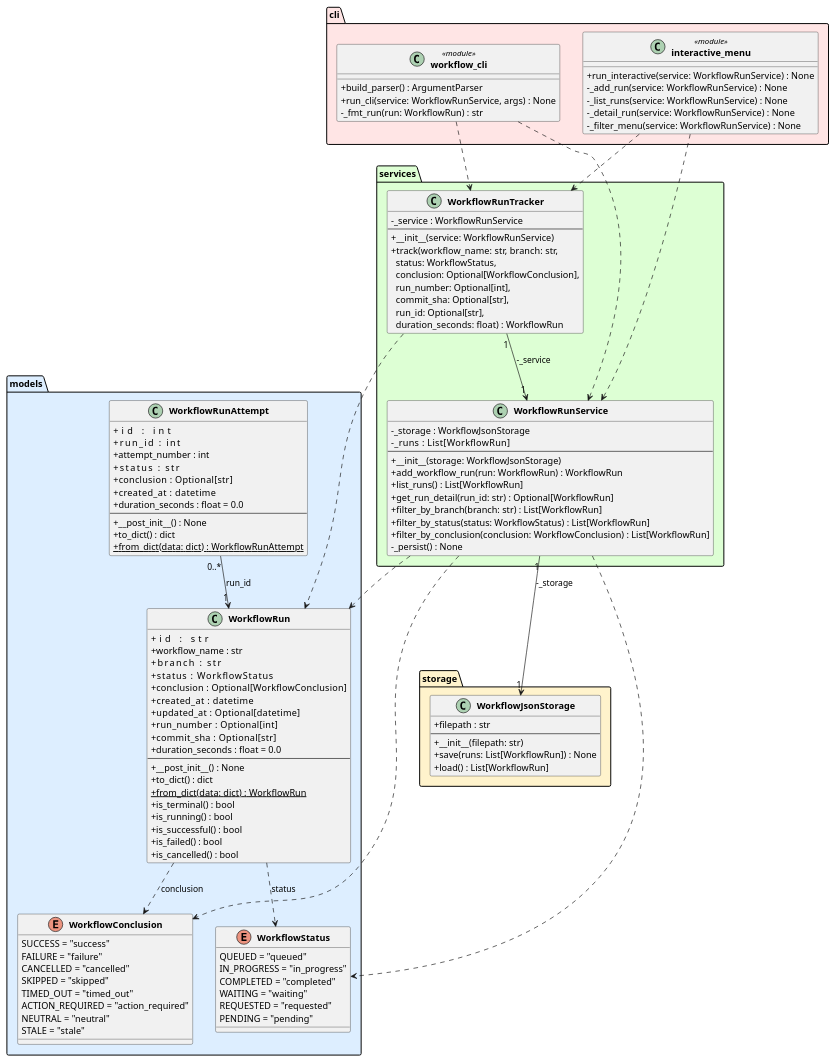
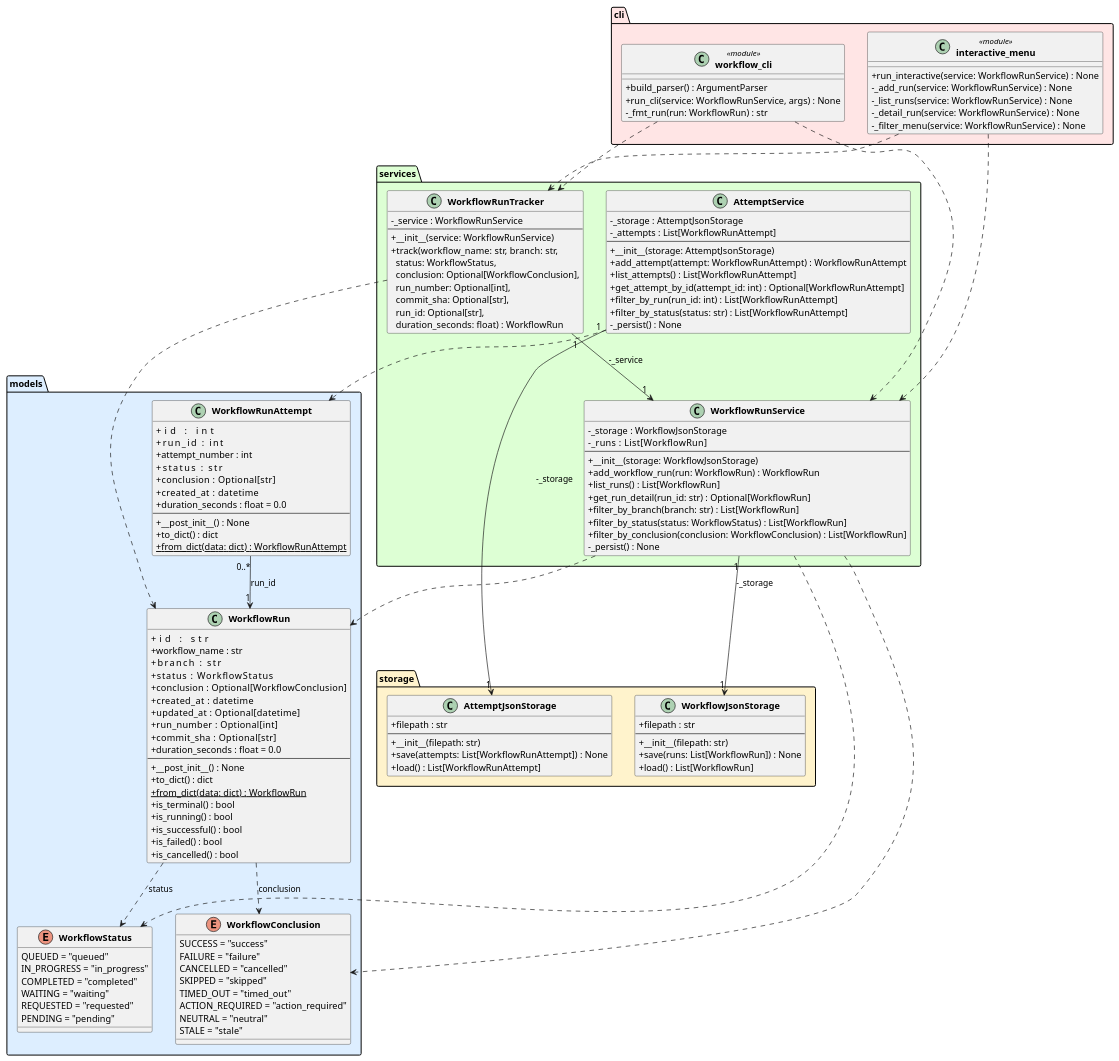
Before and after one commit to DanielRiha8906/Software_autoevolution_using_agents: the diagram in experiments/pipeline/user_stories/github-workflow-manager/artifacts/class_diagram.puml, drawn with PlantUML. The commit also changed 8 other files, not shown here.

```diff
--- a/experiments/pipeline/user_stories/github-workflow-manager/artifacts/class_diagram.puml
+++ b/experiments/pipeline/user_stories/github-workflow-manager/artifacts/class_diagram.puml
@@ -1,127 +1,150 @@
 @startuml class_diagram
 
 skinparam classAttributeIconSize 0
 skinparam classFontStyle bold
 
 package "models" #DDEEFF {
     enum WorkflowStatus {
         QUEUED = "queued"
         IN_PROGRESS = "in_progress"
         COMPLETED = "completed"
         WAITING = "waiting"
         REQUESTED = "requested"
         PENDING = "pending"
     }
 
     enum WorkflowConclusion {
         SUCCESS = "success"
         FAILURE = "failure"
         CANCELLED = "cancelled"
         SKIPPED = "skipped"
         TIMED_OUT = "timed_out"
         ACTION_REQUIRED = "action_required"
         NEUTRAL = "neutral"
         STALE = "stale"
     }
 
     class WorkflowRun {
         +id            : str
         +workflow_name : str
         +branch        : str
         +status        : WorkflowStatus
         +conclusion    : Optional[WorkflowConclusion]
         +created_at    : datetime
         +updated_at    : Optional[datetime]
         +run_number    : Optional[int]
         +commit_sha    : Optional[str]
         +duration_seconds : float = 0.0
         --
         +__post_init__() : None
         +to_dict() : dict
         +{static} from_dict(data: dict) : WorkflowRun
         +is_terminal() : bool
         +is_running() : bool
         +is_successful() : bool
         +is_failed() : bool
         +is_cancelled() : bool
     }
 
     class WorkflowRunAttempt {
         +id            : int
         +run_id        : int
         +attempt_number : int
         +status        : str
         +conclusion    : Optional[str]
         +created_at    : datetime
         +duration_seconds : float = 0.0
         --
         +__post_init__() : None
         +to_dict() : dict
         +{static} from_dict(data: dict) : WorkflowRunAttempt
     }
 }
 
 package "storage" #FFF3CC {
     class WorkflowJsonStorage {
         +filepath : str
         --
         +__init__(filepath: str)
         +save(runs: List[WorkflowRun]) : None
         +load() : List[WorkflowRun]
     }
+
+    class AttemptJsonStorage {
+        +filepath : str
+        --
+        +__init__(filepath: str)
+        +save(attempts: List[WorkflowRunAttempt]) : None
+        +load() : List[WorkflowRunAttempt]
+    }
 }
 
 package "services" #DDFFD4 {
     class WorkflowRunService {
         -_storage : WorkflowJsonStorage
         -_runs    : List[WorkflowRun]
         --
         +__init__(storage: WorkflowJsonStorage)
         +add_workflow_run(run: WorkflowRun) : WorkflowRun
         +list_runs() : List[WorkflowRun]
         +get_run_detail(run_id: str) : Optional[WorkflowRun]
         +filter_by_branch(branch: str) : List[WorkflowRun]
         +filter_by_status(status: WorkflowStatus) : List[WorkflowRun]
         +filter_by_conclusion(conclusion: WorkflowConclusion) : List[WorkflowRun]
+        -_persist() : None
+    }
+
+    class AttemptService {
+        -_storage : AttemptJsonStorage
+        -_attempts : List[WorkflowRunAttempt]
+        --
+        +__init__(storage: AttemptJsonStorage)
+        +add_attempt(attempt: WorkflowRunAttempt) : WorkflowRunAttempt
+        +list_attempts() : List[WorkflowRunAttempt]
+        +get_attempt_by_id(attempt_id: int) : Optional[WorkflowRunAttempt]
+        +filter_by_run(run_id: int) : List[WorkflowRunAttempt]
+        +filter_by_status(status: str) : List[WorkflowRunAttempt]
         -_persist() : None
     }
 
     class WorkflowRunTracker {
         -_service : WorkflowRunService
         --
         +__init__(service: WorkflowRunService)
         +track(workflow_name: str, branch: str,\n  status: WorkflowStatus,\n  conclusion: Optional[WorkflowConclusion],\n  run_number: Optional[int],\n  commit_sha: Optional[str],\n  run_id: Optional[str],\n  duration_seconds: float) : WorkflowRun
     }
 }
 
 package "cli" #FFE5E5 {
     class "workflow_cli" <<module>> {
         +build_parser() : ArgumentParser
         +run_cli(service: WorkflowRunService, args) : None
         -_fmt_run(run: WorkflowRun) : str
     }
 
     class "interactive_menu" <<module>> {
         +run_interactive(service: WorkflowRunService) : None
         -_add_run(service: WorkflowRunService) : None
         -_list_runs(service: WorkflowRunService) : None
         -_detail_run(service: WorkflowRunService) : None
         -_filter_menu(service: WorkflowRunService) : None
     }
 }
 
 WorkflowRun                ..>  WorkflowStatus        : status
 WorkflowRun                ..>  WorkflowConclusion    : conclusion
 WorkflowRunAttempt    "0..*" --> "1" WorkflowRun       : run_id
 WorkflowRunService    "1" --> "1" WorkflowJsonStorage : -_storage
 WorkflowRunService         ..>  WorkflowRun
 WorkflowRunService         ..>  WorkflowStatus
 WorkflowRunService         ..>  WorkflowConclusion
+AttemptService       "1" --> "1" AttemptJsonStorage : -_storage
+AttemptService            ..>  WorkflowRunAttempt
 WorkflowRunTracker    "1" --> "1" WorkflowRunService  : -_service
 WorkflowRunTracker         ..>  WorkflowRun
 "workflow_cli"             ..>  WorkflowRunService
 "workflow_cli"             ..>  WorkflowRunTracker
 "interactive_menu"         ..>  WorkflowRunService
 "interactive_menu"         ..>  WorkflowRunTracker
 
 @enduml
```
